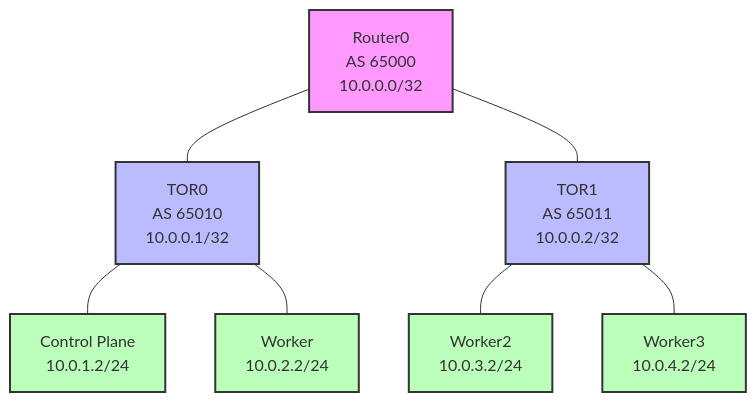
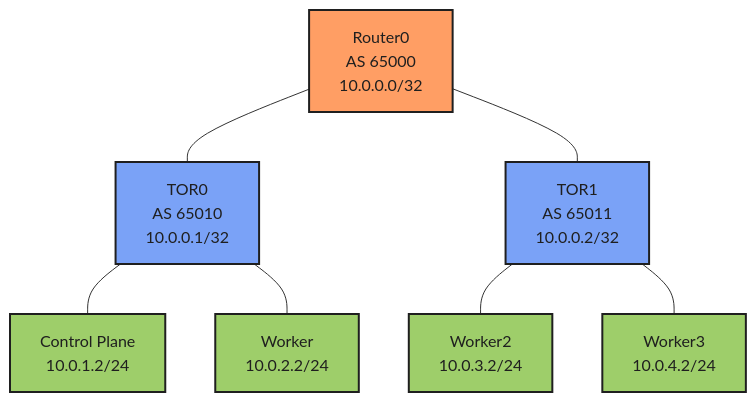
The diagram in README.md (vigneshs-dev/bgp-on-cilium), drawn with Mermaid before and after one commit.

Commit message:
Updated mermaid chart color for clear visibility

````diff
--- a/README.md
+++ b/README.md
@@ -7,25 +7,25 @@
 ```mermaid
 graph TB
     Router[Router0<br/>AS 65000<br/>10.0.0.0/32]
     TOR0[TOR0<br/>AS 65010<br/>10.0.0.1/32]
     TOR1[TOR1<br/>AS 65011<br/>10.0.0.2/32]
     CP[Control Plane<br/>10.0.1.2/24]
     W1[Worker<br/>10.0.2.2/24]
     W2[Worker2<br/>10.0.3.2/24]
     W3[Worker3<br/>10.0.4.2/24]
 
     Router --- TOR0
     Router --- TOR1
     TOR0 --- CP
     TOR0 --- W1
     TOR1 --- W2
     TOR1 --- W3
 
-    classDef router fill:#f9f,stroke:#333,stroke-width:2px;
-    classDef tor fill:#bbf,stroke:#333,stroke-width:2px;
-    classDef node fill:#bfb,stroke:#333,stroke-width:2px;
+    classDef router fill:#FF9E64,stroke:#1F1F1F,stroke-width:2px,color:#1F1F1F;
+    classDef tor fill:#7AA2F7,stroke:#1F1F1F,stroke-width:2px,color:#1F1F1F;
+    classDef node fill:#9ECE6A,stroke:#1F1F1F,stroke-width:2px,color:#1F1F1F;
     
     class Router router;
     class TOR0,TOR1 tor;
     class CP,W1,W2,W3 node;
 ```
````
